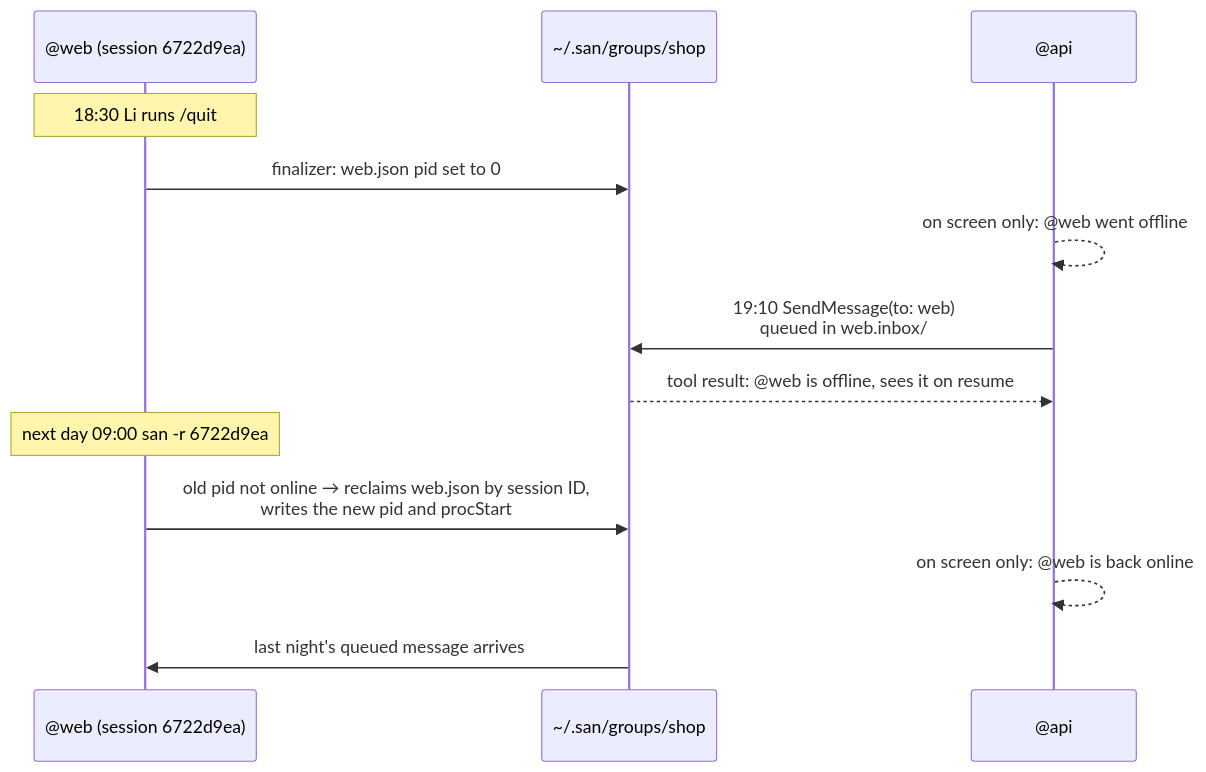
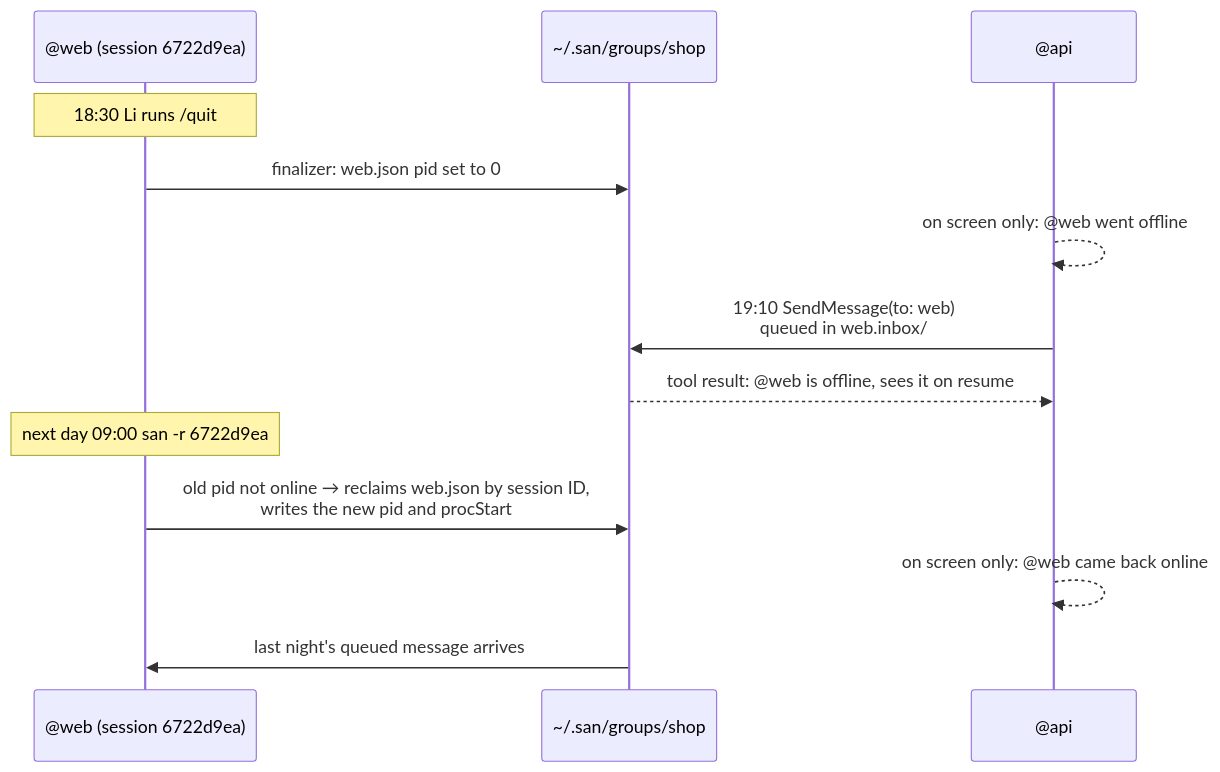
One commit to genai-io/san changed the fourth of 5 diagrams in docs/design/proposals/0003-session-groups.md. Above: the diagram before and after it, drawn with Mermaid. The commit also changed other lines of this file and 6 other files, not shown here.

````diff
--- a/docs/design/proposals/0003-session-groups.md
+++ b/docs/design/proposals/0003-session-groups.md
@@ -406,15 +408,15 @@
 ```mermaid
 sequenceDiagram
     participant W as @web (session 6722d9ea)
     participant FS as ~/.san/groups/shop
     participant A as @api
     Note over W: 18:30 Li runs /quit
     W->>FS: finalizer: web.json pid set to 0
     A-->>A: on screen only: @web went offline
     A->>FS: 19:10 SendMessage(to: web)<br/>queued in web.inbox/
     FS-->>A: tool result: @web is offline, sees it on resume
     Note over W: next day 09:00 san -r 6722d9ea
     W->>FS: old pid not online → reclaims web.json by session ID,<br/>writes the new pid and procStart
-    A-->>A: on screen only: @web is back online
+    A-->>A: on screen only: @web came back online
     FS->>W: last night's queued message arrives
 ```
````
